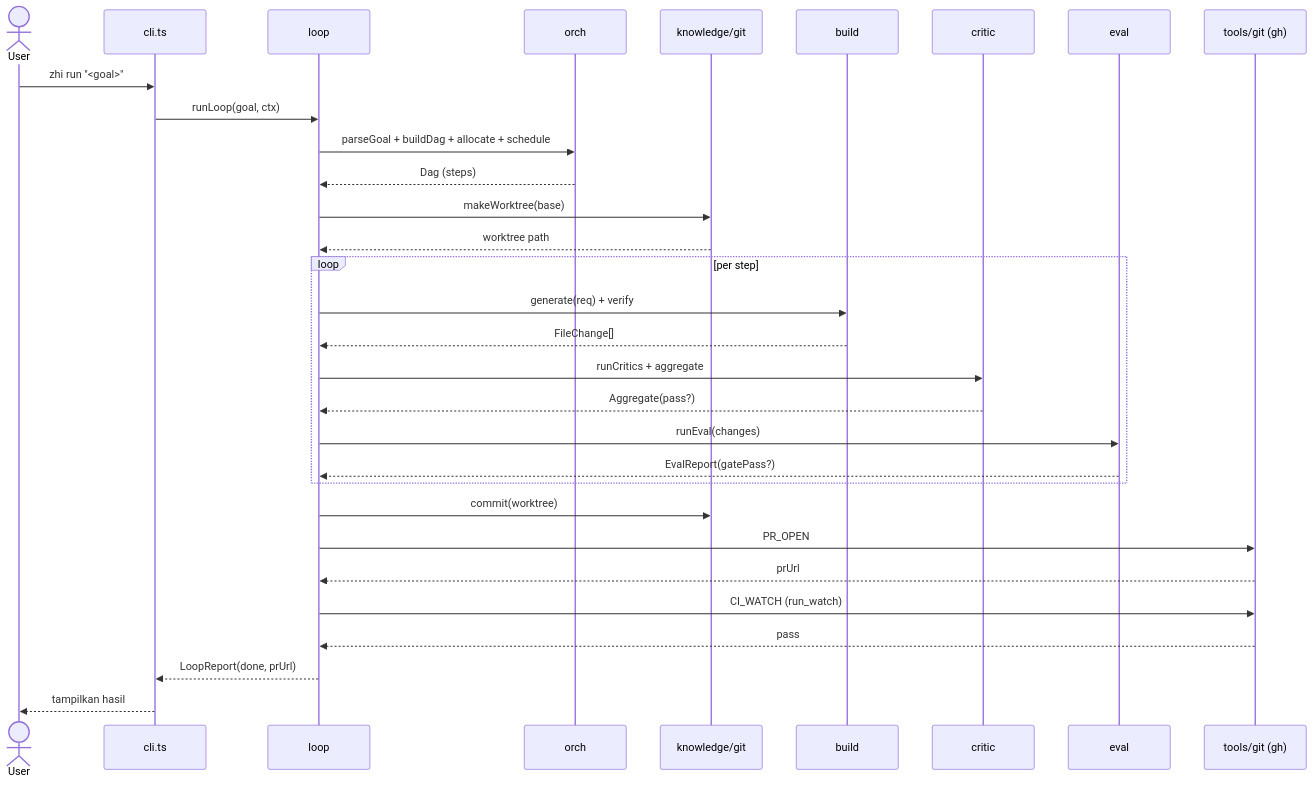
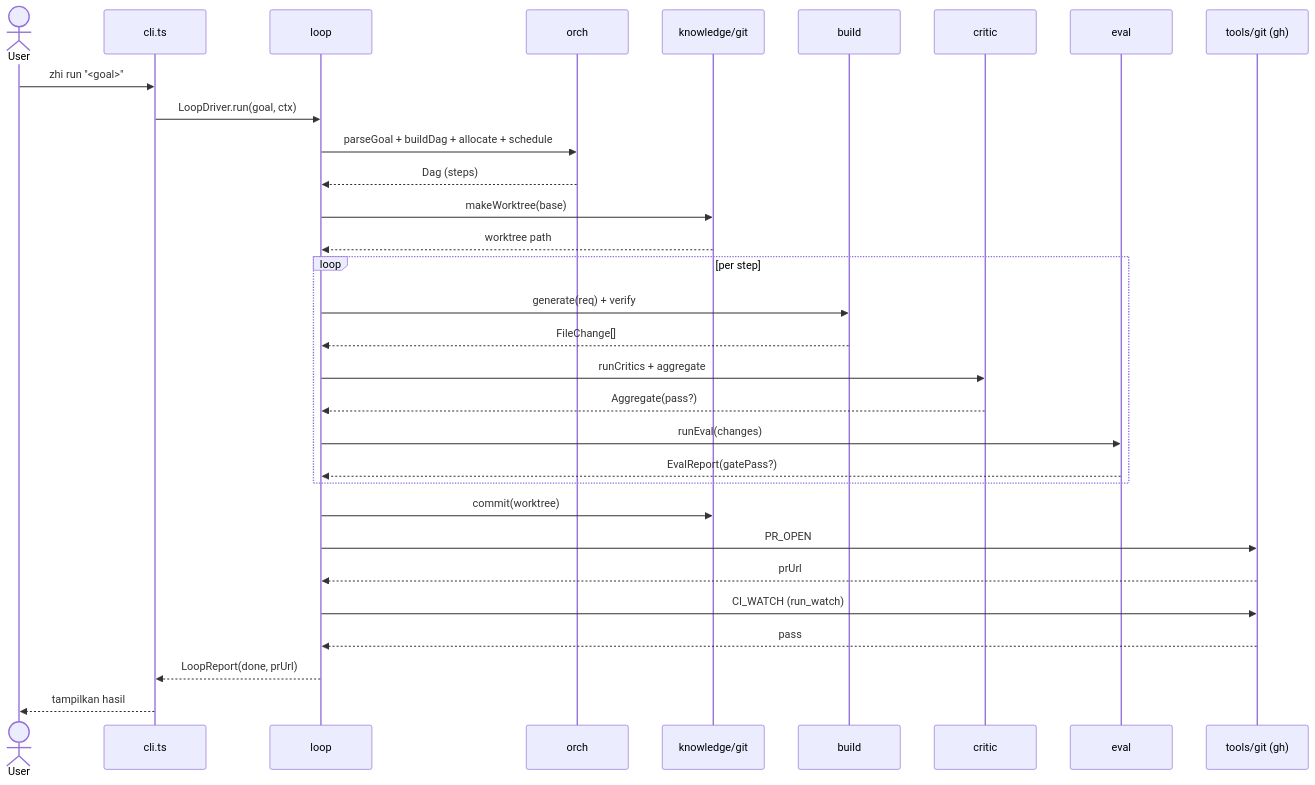
One commit to miruamel/zhi changed the first of 4 diagrams in docs/design/sequences.md. Above: the diagram before and after it, drawn with Mermaid. The commit also changed 6 other files, not shown here.

````diff
--- a/docs/design/sequences.md
+++ b/docs/design/sequences.md
@@ -7,34 +7,34 @@
 ```mermaid
 sequenceDiagram
   actor U as User
   participant CLI as cli.ts
   participant L as loop
   participant O as orch
   participant K as knowledge/git
   participant B as build
   participant C as critic
   participant E as eval
   participant G as tools/git (gh)
 
   U->>CLI: zhi run "<goal>"
-  CLI->>L: runLoop(goal, ctx)
+  CLI->>L: LoopDriver.run(goal, ctx)
   L->>O: parseGoal + buildDag + allocate + schedule
   O-->>L: Dag (steps)
   L->>K: makeWorktree(base)
   K-->>L: worktree path
   loop per step
     L->>B: generate(req) + verify
     B-->>L: FileChange[]
     L->>C: runCritics + aggregate
     C-->>L: Aggregate(pass?)
     L->>E: runEval(changes)
     E-->>L: EvalReport(gatePass?)
   end
   L->>K: commit(worktree)
   L->>G: PR_OPEN
   G-->>L: prUrl
   L->>G: CI_WATCH (run_watch)
   G-->>L: pass
   L-->>CLI: LoopReport(done, prUrl)
   CLI-->>U: tampilkan hasil
 ```
````
